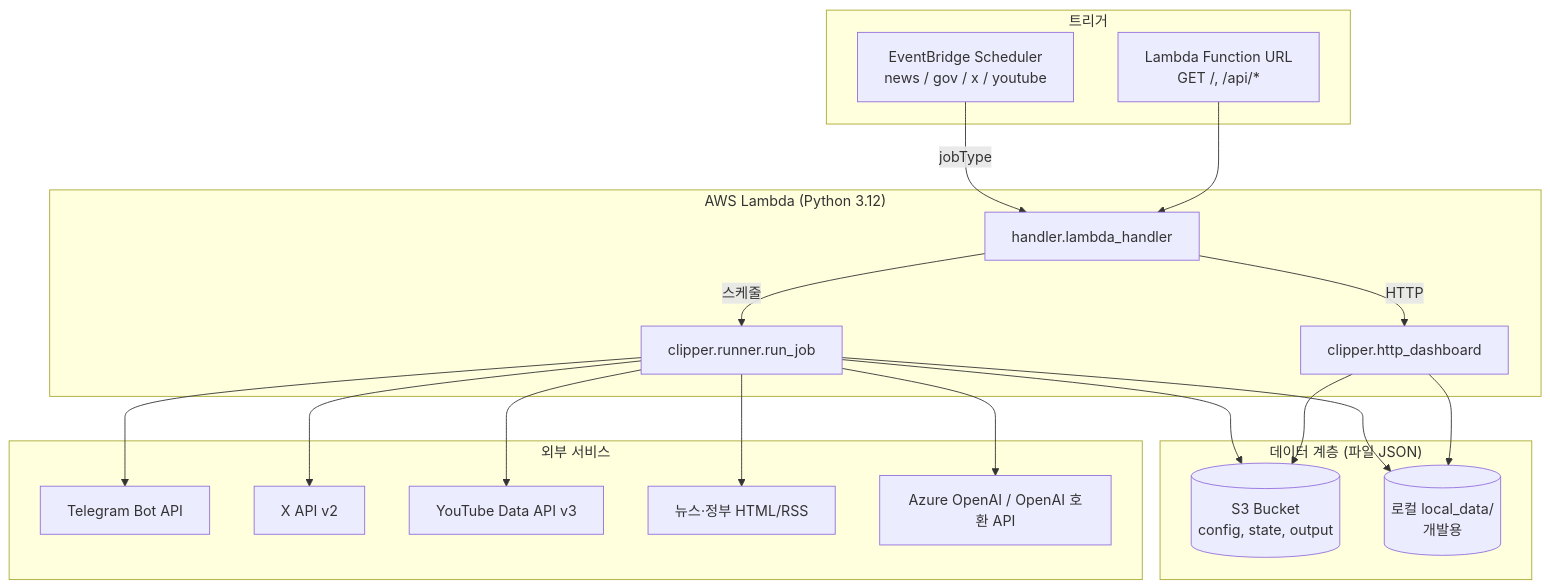
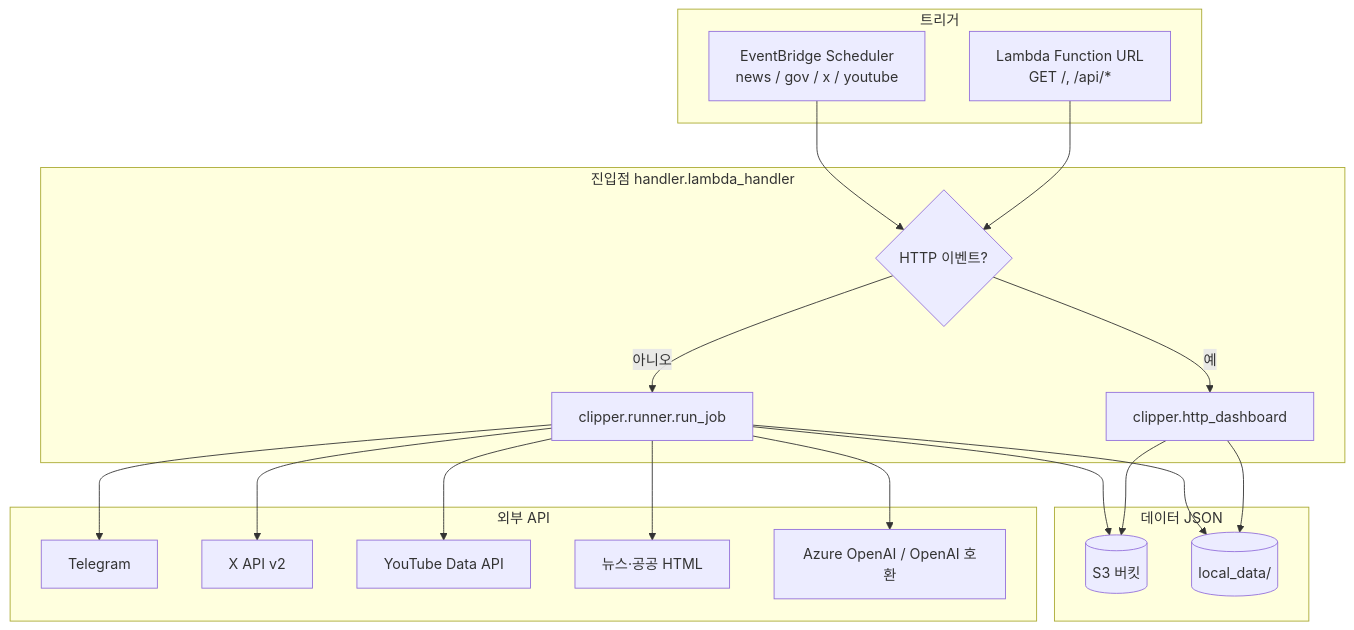
The second of 2 diagrams in README.md (LewisLim579/dx_handson), drawn with Mermaid before and after one commit. The commit also changed other lines of this file and 4 other files, not shown here.

````diff
--- a/README.md
+++ b/README.md
@@ -20,40 +78,38 @@
 ```mermaid
 flowchart TB
   subgraph triggers["트리거"]
     EB[EventBridge Scheduler\nnews / gov / x / youtube]
     URL[Lambda Function URL\nGET /, /api/*]
   end
 
-  subgraph lambda["AWS Lambda (Python 3.12)"]
-    H[handler.lambda_handler]
-    R[clipper.runner.run_job]
-    HTTP[clipper.http_dashboard]
+  subgraph entry["진입점 handler.lambda_handler"]
+    H{HTTP 이벤트?}
+    H -->|예| HTTP[clipper.http_dashboard]
+    H -->|아니오| R[clipper.runner.run_job]
   end
 
-  subgraph data["데이터 계층 (파일 JSON)"]
-    S3[(S3 Bucket\nconfig, state, output)]
-    LOC[(로컬 local_data/\n개발용)]
+  subgraph data["데이터 JSON"]
+    S3[(S3 버킷)]
+    LOC[(local_data/)]
   end
 
-  subgraph external["외부 서비스"]
-    TG[Telegram Bot API]
+  subgraph external["외부 API"]
+    TG[Telegram]
     X[X API v2]
-    YT[YouTube Data API v3]
-    RSS[뉴스·정부 HTML/RSS]
-    LLM[Azure OpenAI / OpenAI 호환 API]
+    YT[YouTube Data API]
+    WEB[뉴스·공공 HTML]
+    LLM[Azure OpenAI / OpenAI 호환]
   end
 
-  EB -->|jobType| H
+  EB --> H
   URL --> H
-  H -->|스케줄| R
-  H -->|HTTP| HTTP
   R --> S3
   R --> LOC
   HTTP --> S3
   HTTP --> LOC
   R --> TG
   R --> X
   R --> YT
-  R --> RSS
+  R --> WEB
   R --> LLM
 ```
````
